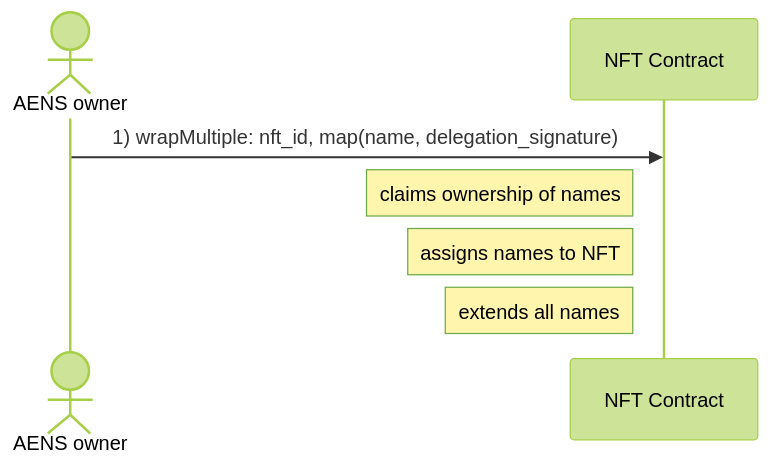
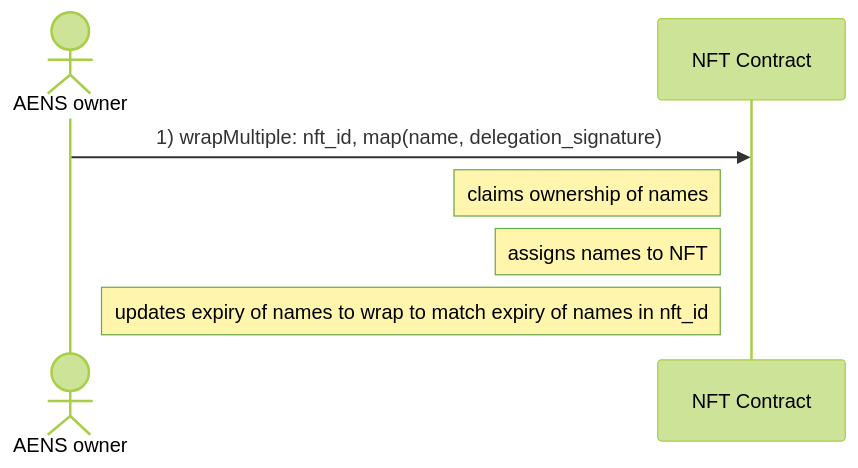
The third of 3 diagrams in docs/diagrams/wrap_aens_names.md (marc0olo/aens-nfts), drawn with Mermaid (forest theme) before and after one commit. The commit also changed other lines of this file and 5 other files, not shown here.

````diff
--- a/docs/diagrams/wrap_aens_names.md
+++ b/docs/diagrams/wrap_aens_names.md
@@ -31,8 +31,8 @@
 ```mermaid
 sequenceDiagram
     actor AENS owner
     AENS owner ->> NFT Contract: 1) wrapMultiple: nft_id, map(name, delegation_signature)
     Note left of NFT Contract: claims ownership of names
     Note left of NFT Contract: assigns names to NFT
-    Note left of NFT Contract: extends all names
+    Note left of NFT Contract: updates expiry of names to wrap to match expiry of names in nft_id
 ```
````
